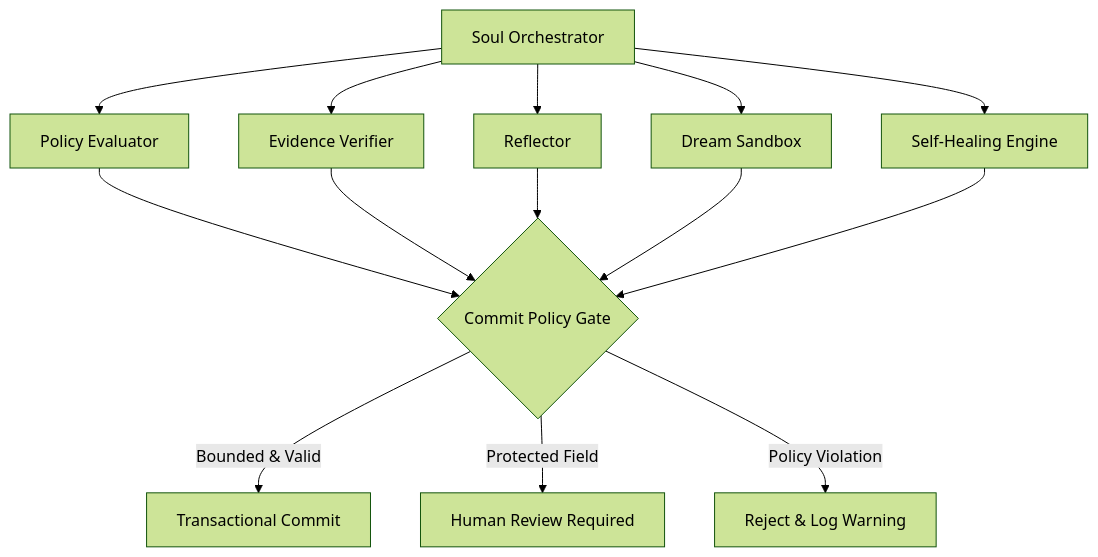
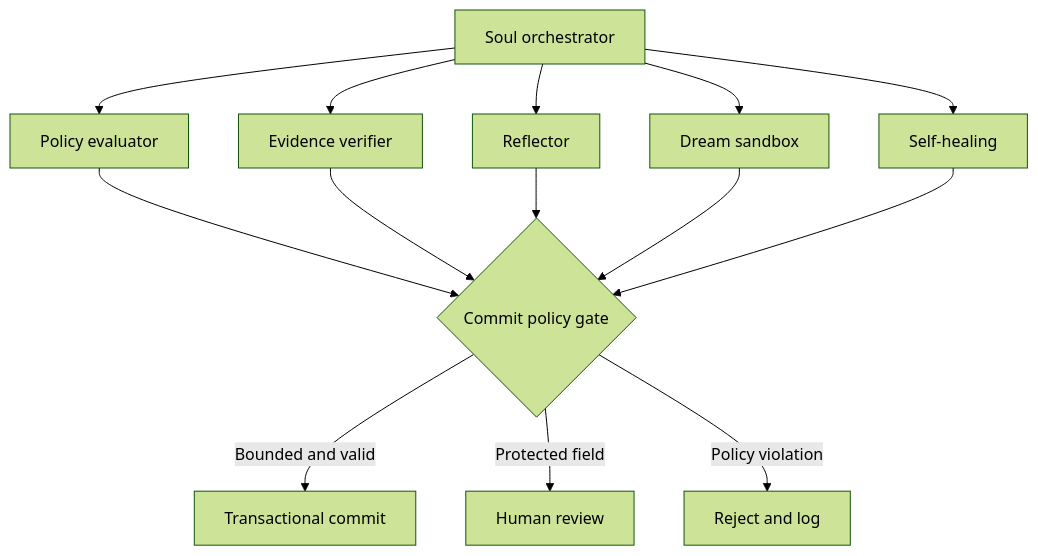
Before and after one commit to Azhonaras/soul-engine: the eighth of 8 diagrams in docs/ARCHITECTURE.md, drawn with Mermaid (forest theme). The commit also changed other lines of this file and 6 other files, not shown here.

First line of the commit message:
docs: tighten Mermaid for GitHub and cap mypy below 2.

````diff
--- a/docs/ARCHITECTURE.md
+++ b/docs/ARCHITECTURE.md
@@ -548,20 +553,17 @@
 ```mermaid
 flowchart TD
-    O["Soul Orchestrator"]
-    
-    O --> P["Policy Evaluator"]
-    O --> V["Evidence Verifier"]
-    O --> R["Reflector"]
-    O --> D["Dream Sandbox"]
-    O --> H["Self-Healing Engine"]
-    
-    P --> G{"Commit Policy Gate"}
-    V --> G
-    R --> G
-    D --> G
-    H --> G
-    
-    G -->|Bounded & Valid| C["Transactional Commit"]
-    G -->|Protected Field| U["Human Review Required"]
-    G -->|Policy Violation| N["Reject & Log Warning"]
+    orchestrator["Soul orchestrator"]
+    orchestrator --> policy["Policy evaluator"]
+    orchestrator --> verifier["Evidence verifier"]
+    orchestrator --> reflector["Reflector"]
+    orchestrator --> dream["Dream sandbox"]
+    orchestrator --> healer["Self-healing"]
+    policy --> gate{"Commit policy gate"}
+    verifier --> gate
+    reflector --> gate
+    dream --> gate
+    healer --> gate
+    gate -->|"Bounded and valid"| commit["Transactional commit"]
+    gate -->|"Protected field"| review["Human review"]
+    gate -->|"Policy violation"| reject["Reject and log"]
 ```
````
